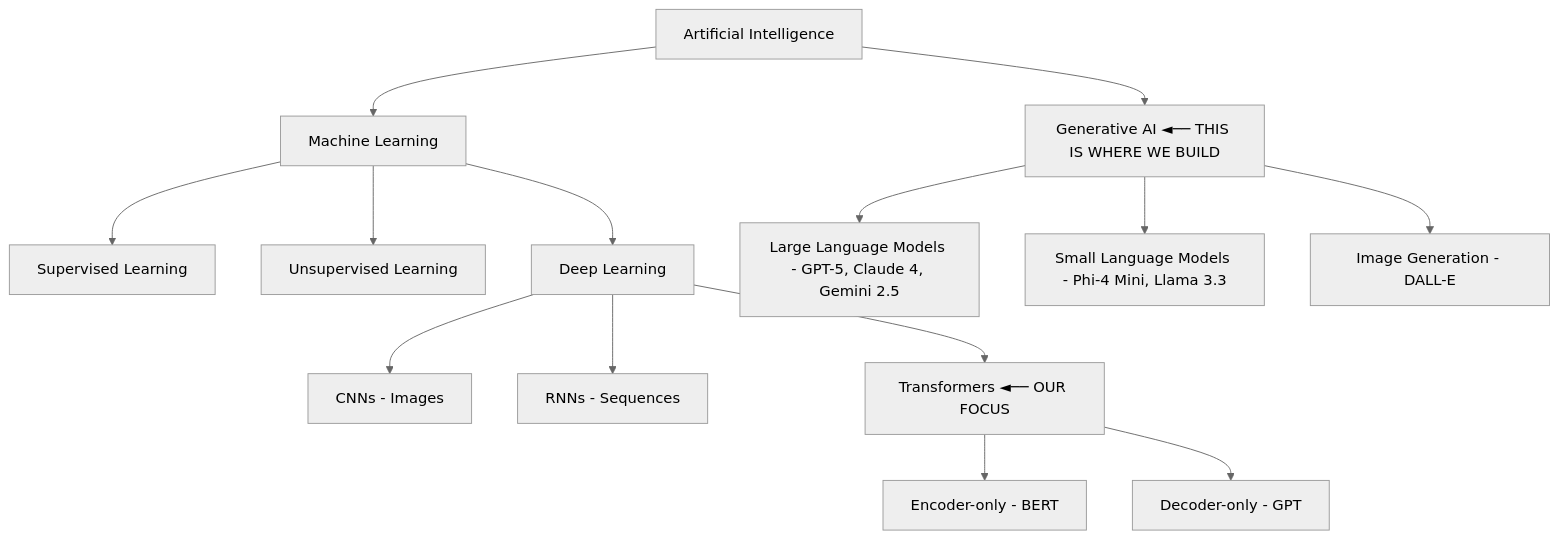
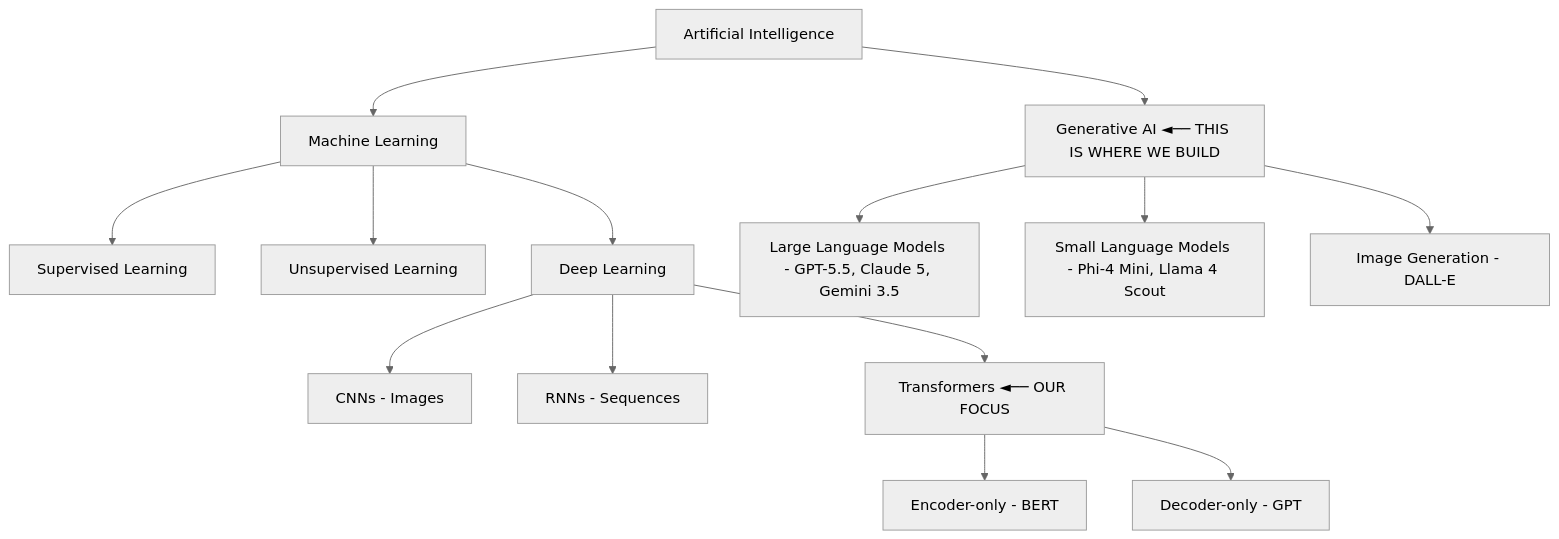
Before and after one commit to itsrajkumar/AI-Engineer-Dotnet: the first of 2 diagrams in Week-01-AI-Fundamentals-and-DotNet-API-Layer/Day-01-AI-Theory-and-Terminology/README.md, drawn with Mermaid (neutral theme). The commit also changed other lines of this file and 78 other files, not shown here.

Commit message:
Update curriculum roadmap and expand AI content

````diff
--- a/Week-01-AI-Fundamentals-and-DotNet-API-Layer/Day-01-AI-Theory-and-Terminology/README.md
+++ b/Week-01-AI-Fundamentals-and-DotNet-API-Layer/Day-01-AI-Theory-and-Terminology/README.md
@@ -31,21 +31,21 @@
 ```mermaid
 graph TD
     AI[Artificial Intelligence]
     AI --> ML[Machine Learning]
     AI --> GenAI[Generative AI ◄── THIS IS WHERE WE BUILD]
     
     ML --> SL[Supervised Learning]
     ML --> USL[Unsupervised Learning]
     ML --> DL[Deep Learning]
 
     DL --> CNN[CNNs - Images]
     DL --> RNN[RNNs - Sequences]
     DL --> TR[Transformers ◄── OUR FOCUS]
     
     TR --> B[Encoder-only - BERT]
     TR --> G[Decoder-only - GPT]
     
-    GenAI --> LLM[Large Language Models - GPT-5, Claude 4, Gemini 2.5]
-    GenAI --> SLM[Small Language Models - Phi-4 Mini, Llama 3.3]
+    GenAI --> LLM[Large Language Models - GPT-5.5, Claude 5, Gemini 3.5]
+    GenAI --> SLM[Small Language Models - Phi-4 Mini, Llama 4 Scout]
     GenAI --> IMG[Image Generation - DALL-E]
 ```
````
